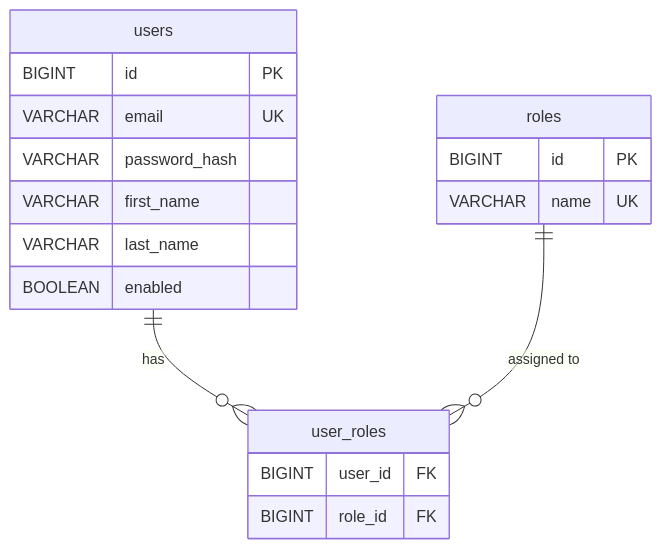
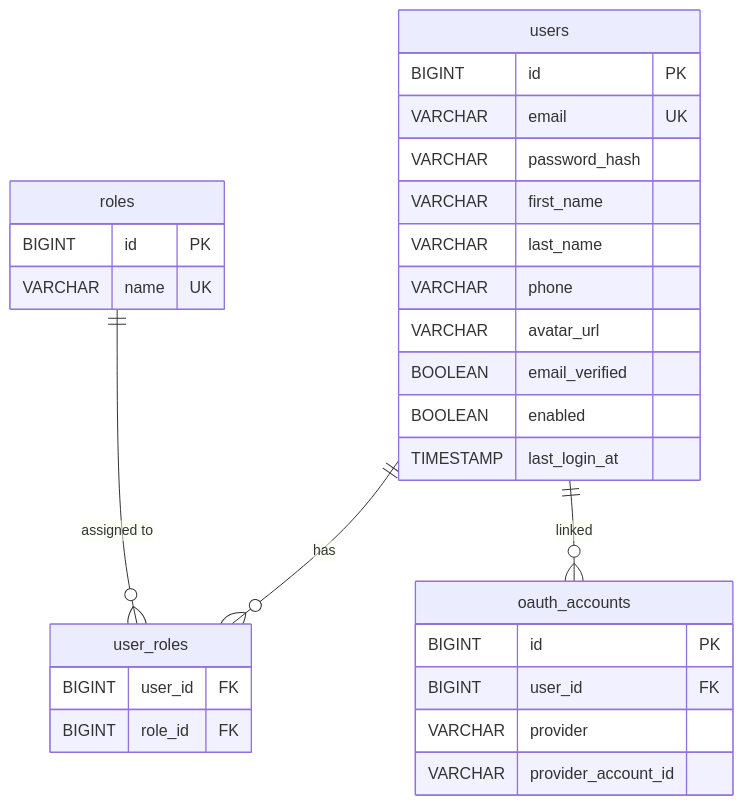
Before and after one commit to kousen/mockhub: the first of 7 diagrams in ARCHITECTURE.md, drawn with Mermaid. The commit also changed other lines of this file and 3 other files, not shown here.

````diff
--- a/ARCHITECTURE.md
+++ b/ARCHITECTURE.md
@@ -67,22 +68,33 @@
 ```mermaid
 erDiagram
     users {
         BIGINT id PK
         VARCHAR email UK
         VARCHAR password_hash
         VARCHAR first_name
         VARCHAR last_name
+        VARCHAR phone
+        VARCHAR avatar_url
+        BOOLEAN email_verified
         BOOLEAN enabled
+        TIMESTAMP last_login_at
     }
     roles {
         BIGINT id PK
         VARCHAR name UK
     }
     user_roles {
         BIGINT user_id FK
         BIGINT role_id FK
     }
+    oauth_accounts {
+        BIGINT id PK
+        BIGINT user_id FK
+        VARCHAR provider
+        VARCHAR provider_account_id
+    }
 
     users ||--o{ user_roles : "has"
     roles ||--o{ user_roles : "assigned to"
+    users ||--o{ oauth_accounts : "linked"
 ```
````
